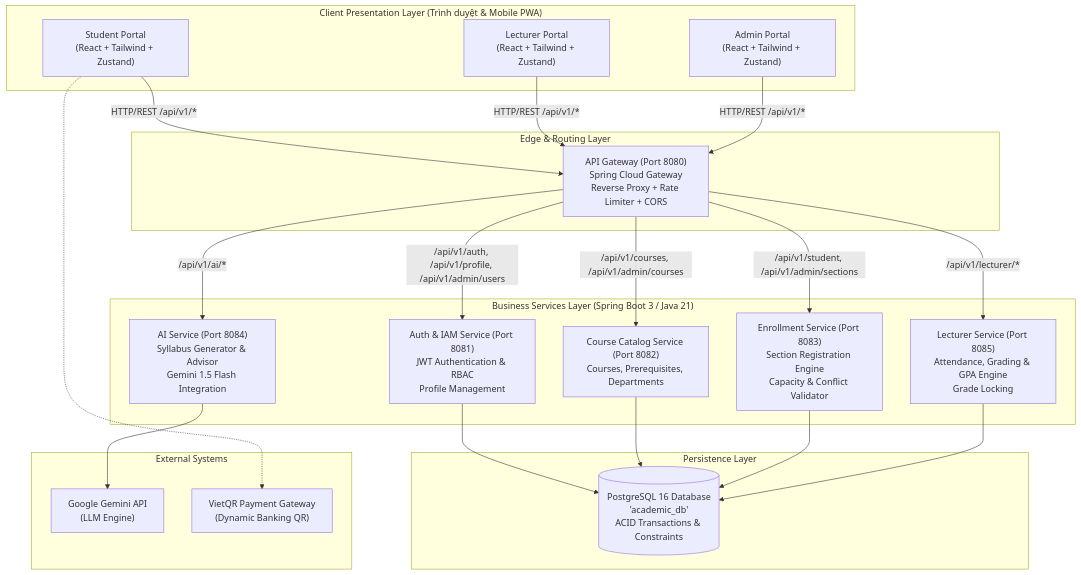
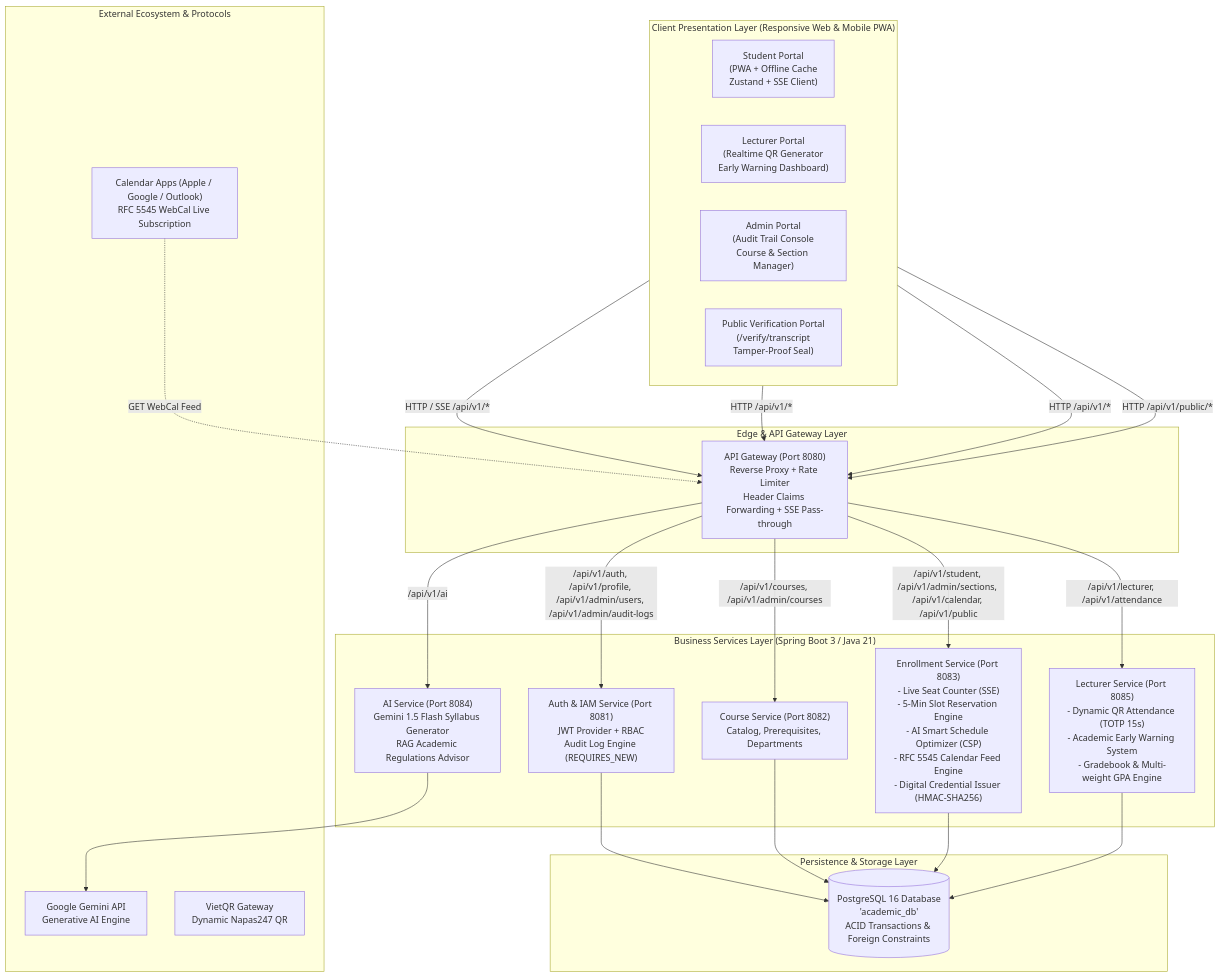
One commit to minh2307/Student-Information-System changed the first of 7 diagrams in SRS.md. Above: the diagram before and after it, drawn with Mermaid. The commit also changed other lines of this file, not shown here.

Commit message:
docs(srs): upgrade SRS specification to v2.1 Smart Campus Enterprise Release with full modern feature specs

````diff
--- a/SRS.md
+++ b/SRS.md
@@ -63,46 +62,51 @@
 ```mermaid
 flowchart TB
-    subgraph ClientLayer ["Client Presentation Layer (Trình duyệt & Mobile PWA)"]
-        FE_STU["Student Portal\n(React + Tailwind + Zustand)"]
-        FE_LEC["Lecturer Portal\n(React + Tailwind + Zustand)"]
-        FE_ADM["Admin Portal\n(React + Tailwind + Zustand)"]
+    subgraph ClientLayer ["Client Presentation Layer (Responsive Web & Mobile PWA)"]
+        direction LR
+        FE_STU["Student Portal\n(PWA + Offline Cache\nZustand + SSE Client)"]
+        FE_LEC["Lecturer Portal\n(Realtime QR Generator\nEarly Warning Dashboard)"]
+        FE_ADM["Admin Portal\n(Audit Trail Console\nCourse & Section Manager)"]
+        FE_PUB["Public Verification Portal\n(/verify/transcript\nTamper-Proof Seal)"]
     end
 
-    subgraph EdgeLayer ["Edge & Routing Layer"]
-        GW["API Gateway (Port 8080)\nSpring Cloud Gateway\nReverse Proxy + Rate Limiter + CORS"]
+    subgraph EdgeLayer ["Edge & API Gateway Layer"]
+        GW["API Gateway (Port 8080)\nReverse Proxy + Rate Limiter\nHeader Claims Forwarding + SSE Pass-through"]
     end
 
     subgraph Microservices ["Business Services Layer (Spring Boot 3 / Java 21)"]
-        SVC_AUTH["Auth & IAM Service (Port 8081)\nJWT Authentication & RBAC\nProfile Management"]
-        SVC_COURSE["Course Catalog Service (Port 8082)\nCourses, Prerequisites, Departments"]
-        SVC_ENROLL["Enrollment Service (Port 8083)\nSection Registration Engine\nCapacity & Conflict Validator"]
-        SVC_AI["AI Service (Port 8084)\nSyllabus Generator & Advisor\nGemini 1.5 Flash Integration"]
-        SVC_LEC["Lecturer Service (Port 8085)\nAttendance, Grading & GPA Engine\nGrade Locking"]
+        SVC_AUTH["Auth & IAM Service (Port 8081)\nJWT Provider + RBAC\nAudit Log Engine (REQUIRES_NEW)"]
+        SVC_COURSE["Course Service (Port 8082)\nCatalog, Prerequisites, Departments"]
+        SVC_ENROLL["Enrollment Service (Port 8083)\n- Live Seat Counter (SSE)\n- 5-Min Slot Reservation Engine\n- AI Smart Schedule Optimizer (CSP)\n- RFC 5545 Calendar Feed Engine\n- Digital Credential Issuer (HMAC-SHA256)"]
+        SVC_LEC["Lecturer Service (Port 8085)\n- Dynamic QR Attendance (TOTP 15s)\n- Academic Early Warning System\n- Gradebook & Multi-weight GPA Engine"]
+        SVC_AI["AI Service (Port 8084)\nGemini 1.5 Flash Syllabus Generator\nRAG Academic Regulations Advisor"]
     end
 
-    subgraph DataLayer ["Persistence Layer"]
-        DB[(PostgreSQL 16 Database\n'academic_db'\nACID Transactions & Constraints)]
+    subgraph PersistenceLayer ["Persistence & Storage Layer"]
+        DB[(PostgreSQL 16 Database\n'academic_db'\nACID Transactions & Foreign Constraints)]
     end
 
-    subgraph ExternalServices ["External Systems"]
-        EXT_GEMINI["Google Gemini API\n(LLM Engine)"]
-        EXT_VIETQR["VietQR Payment Gateway\n(Dynamic Banking QR)"]
+    subgraph ExternalEcosystem ["External Ecosystem & Protocols"]
+        CAL_APPS["Calendar Apps (Apple / Google / Outlook)\nRFC 5545 WebCal Live Subscription"]
+        EXT_GEMINI["Google Gemini API\nGenerative AI Engine"]
+        EXT_VIETQR["VietQR Gateway\nDynamic Napas247 QR"]
     end
 
-    FE_STU -->|HTTP/REST /api/v1/*| GW
-    FE_LEC -->|HTTP/REST /api/v1/*| GW
-    FE_ADM -->|HTTP/REST /api/v1/*| GW
+    FE_STU -->|HTTP / SSE /api/v1/*| GW
+    FE_LEC -->|HTTP /api/v1/*| GW
+    FE_ADM -->|HTTP /api/v1/*| GW
+    FE_PUB -->|HTTP /api/v1/public/*| GW
 
-    GW -->|/api/v1/auth, /api/v1/profile, /api/v1/admin/users| SVC_AUTH
+    GW -->|/api/v1/auth, /api/v1/profile, /api/v1/admin/users, /api/v1/admin/audit-logs| SVC_AUTH
     GW -->|/api/v1/courses, /api/v1/admin/courses| SVC_COURSE
-    GW -->|/api/v1/student, /api/v1/admin/sections| SVC_ENROLL
-    GW -->|/api/v1/ai/*| SVC_AI
-    GW -->|/api/v1/lecturer/*| SVC_LEC
+    GW -->|/api/v1/student, /api/v1/admin/sections, /api/v1/calendar, /api/v1/public| SVC_ENROLL
+    GW -->|/api/v1/lecturer, /api/v1/attendance| SVC_LEC
+    GW -->|/api/v1/ai| SVC_AI
 
     SVC_AUTH --> DB
     SVC_COURSE --> DB
     SVC_ENROLL --> DB
     SVC_LEC --> DB
     SVC_AI --> EXT_GEMINI
-    FE_STU -.-> EXT_VIETQR
+
+    CAL_APPS -.->|GET WebCal Feed| GW
 ```
````
